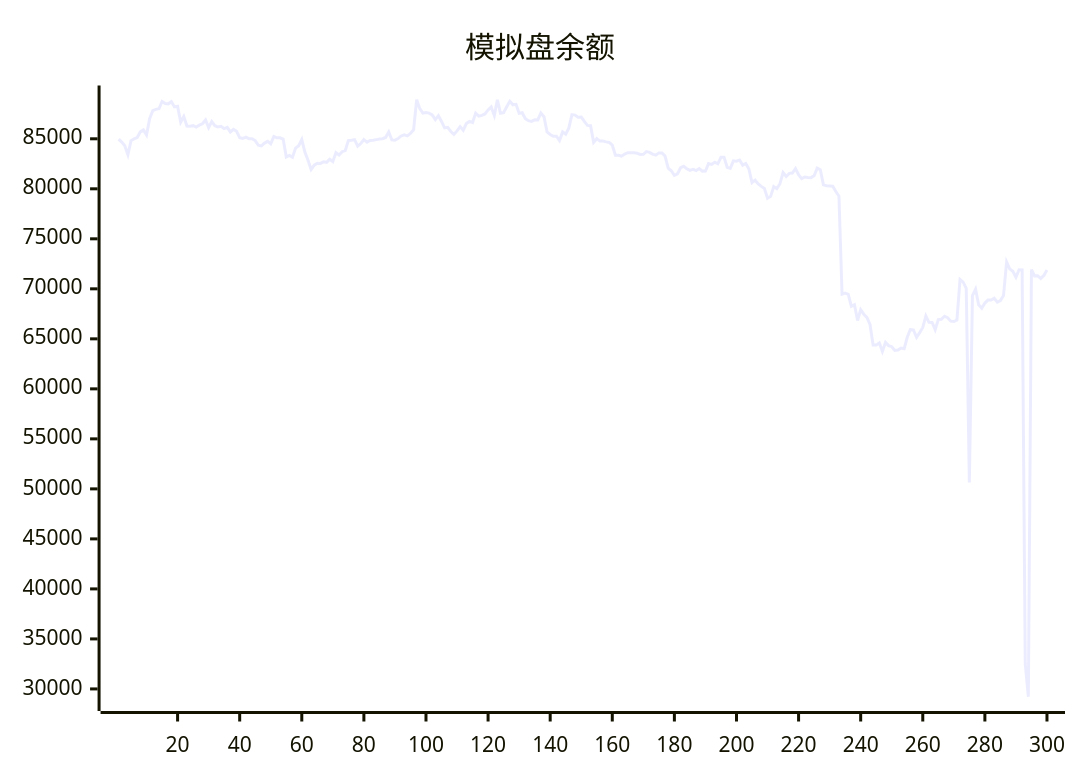
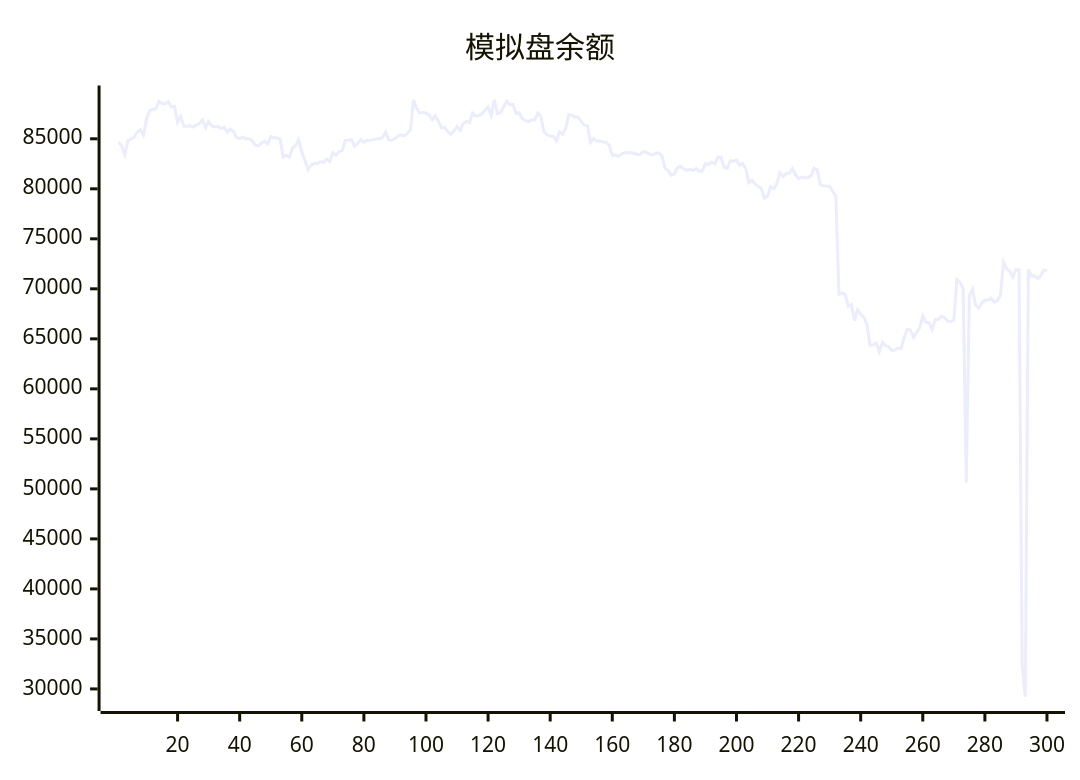
The diagram in README.md (aahl/ai-trading), drawn with Mermaid before and after one commit. The commit also changed other lines of this file and 1 other file, not shown here.

````diff
--- a/README.md
+++ b/README.md
@@ -5,5 +5,5 @@
 ```mermaid
 xychart
     title "模拟盘余额"
-    line [84968,84671,84302,83410,84816,85001,85127,85693,85891,85384,87001,87811,87945,88007,88734,88528,88495,88705,88189,88248,86662,87234,86279,86251,86314,86177,86364,86503,86886,86114,86731,86310,86176,86240,86017,86136,85685,85938,85749,85111,85044,85164,85016,85008,84824,84354,84287,84572,84745,84500,85234,85096,85095,84970,83180,83338,83157,84070,84309,84922,83667,82850,81924,82369,82552,82539,82695,82648,82962,82728,83619,83378,83710,83825,84819,84854,84917,84265,84527,84919,84668,84834,84850,84916,84981,85004,85131,85674,84891,84864,85019,85284,85393,85294,85538,85894,88904,88012,87567,87625,87568,87386,86920,87313,86737,86094,86143,85725,85437,85787,86219,85859,86526,86740,86630,87563,87264,87335,87483,87886,88180,87335,88894,87544,87608,88207,88755,88401,88444,87543,87608,87000,86810,86740,86894,86884,87576,87209,85686,85435,85251,85255,84820,85689,85453,86066,87420,87373,87161,87178,86740,86341,86315,84643,85012,84772,84768,84690,84635,84376,83360,83357,83259,83474,83608,83606,83602,83548,83440,83454,83724,83644,83464,83365,83590,83592,83275,82072,81806,81344,81492,82109,82254,82006,81848,81955,81829,82022,81769,81776,82522,82441,82656,82498,83144,83144,82150,82038,82797,82763,82872,82367,82536,81981,80612,80862,80484,80242,80034,79063,79245,80226,80016,80507,81625,81233,81544,81578,82016,81401,81019,81186,81130,81118,81306,82066,81909,80392,80304,80291,80258,79729,79261,69466,69579,69456,68251,68415,66832,67911,67462,67144,66432,64380,64375,64606,63740,64647,64324,64216,63842,63877,64078,64008,65156,65945,65888,65157,65625,66144,67284,66653,66639,65924,66925,66956,67263,67108,66766,66729,66886,70927,70673,70049,50652,69334,69973,68400,68061,68578,68876,68879,69055,68662,68822,69329,72687,71999,71760,71162,71911,71896,32500,29218,71927,71297,71305,71044,71337,71883]
+    line [84671,84302,83410,84816,85001,85127,85693,85891,85384,87001,87811,87945,88007,88734,88528,88495,88705,88189,88248,86662,87234,86279,86251,86314,86177,86364,86503,86886,86114,86731,86310,86176,86240,86017,86136,85685,85938,85749,85111,85044,85164,85016,85008,84824,84354,84287,84572,84745,84500,85234,85096,85095,84970,83180,83338,83157,84070,84309,84922,83667,82850,81924,82369,82552,82539,82695,82648,82962,82728,83619,83378,83710,83825,84819,84854,84917,84265,84527,84919,84668,84834,84850,84916,84981,85004,85131,85674,84891,84864,85019,85284,85393,85294,85538,85894,88904,88012,87567,87625,87568,87386,86920,87313,86737,86094,86143,85725,85437,85787,86219,85859,86526,86740,86630,87563,87264,87335,87483,87886,88180,87335,88894,87544,87608,88207,88755,88401,88444,87543,87608,87000,86810,86740,86894,86884,87576,87209,85686,85435,85251,85255,84820,85689,85453,86066,87420,87373,87161,87178,86740,86341,86315,84643,85012,84772,84768,84690,84635,84376,83360,83357,83259,83474,83608,83606,83602,83548,83440,83454,83724,83644,83464,83365,83590,83592,83275,82072,81806,81344,81492,82109,82254,82006,81848,81955,81829,82022,81769,81776,82522,82441,82656,82498,83144,83144,82150,82038,82797,82763,82872,82367,82536,81981,80612,80862,80484,80242,80034,79063,79245,80226,80016,80507,81625,81233,81544,81578,82016,81401,81019,81186,81130,81118,81306,82066,81909,80392,80304,80291,80258,79729,79261,69466,69579,69456,68251,68415,66832,67911,67462,67144,66432,64380,64375,64606,63740,64647,64324,64216,63842,63877,64078,64008,65156,65945,65888,65157,65625,66144,67284,66653,66639,65924,66925,66956,67263,67108,66766,66729,66886,70927,70673,70049,50652,69334,69973,68400,68061,68578,68876,68879,69055,68662,68822,69329,72687,71999,71760,71162,71911,71896,32500,29218,71927,71297,71305,71044,71337,71883,71822]
 ```
````
